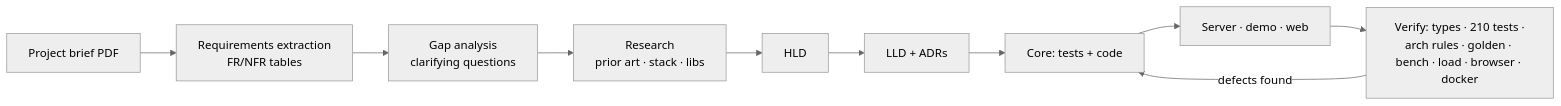
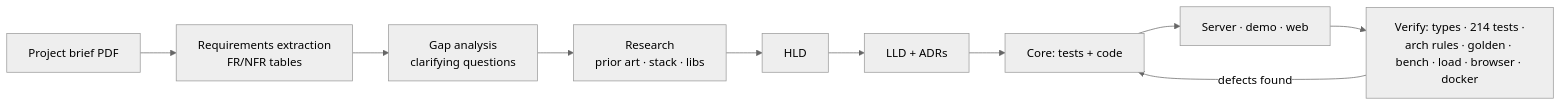
Before and after one commit to SarthakB11/gamenotify: the diagram in docs/ai-process/process.md, drawn with Mermaid (neutral theme). The commit also changed 4 other files, not shown here.

````diff
--- a/docs/ai-process/process.md
+++ b/docs/ai-process/process.md
@@ -7,12 +7,12 @@
 ```mermaid
 flowchart LR
   A[Project brief PDF] --> B[Requirements extraction<br/>FR/NFR tables]
   B --> C[Gap analysis<br/>clarifying questions]
   C --> D[Research<br/>prior art · stack · libs]
   D --> E[HLD]
   E --> F[LLD + ADRs]
   F --> G[Core: tests + code]
   G --> H[Server · demo · web]
-  H --> I[Verify: types · 210 tests ·<br/>arch rules · golden · bench · load · browser · docker]
+  H --> I[Verify: types · 214 tests ·<br/>arch rules · golden · bench · load · browser · docker]
   I -->|defects found| G
 ```
````
